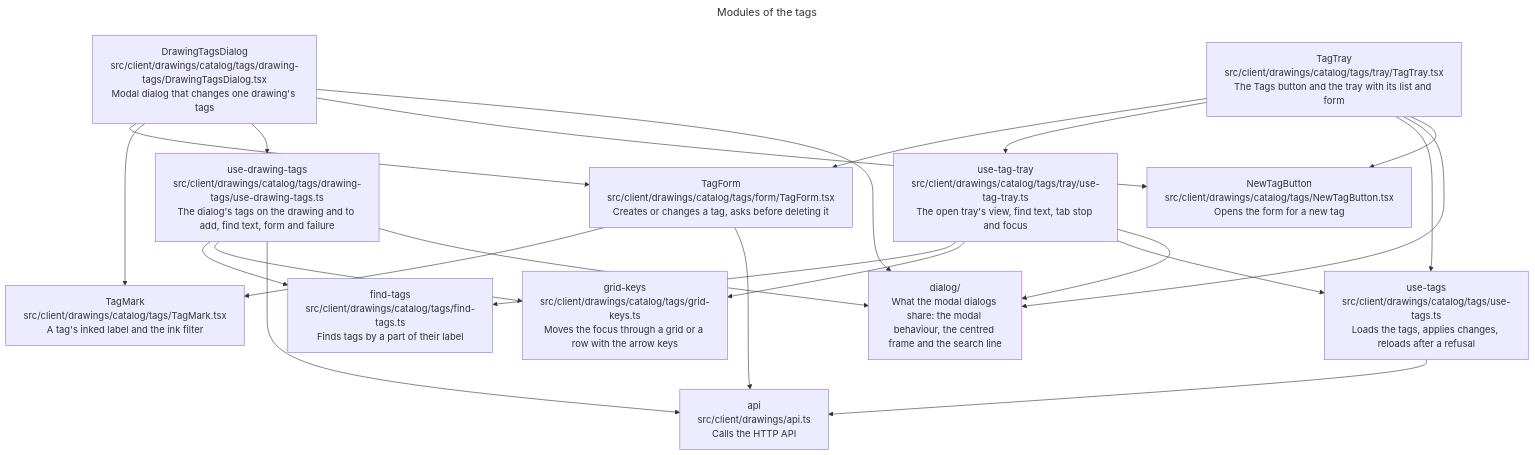
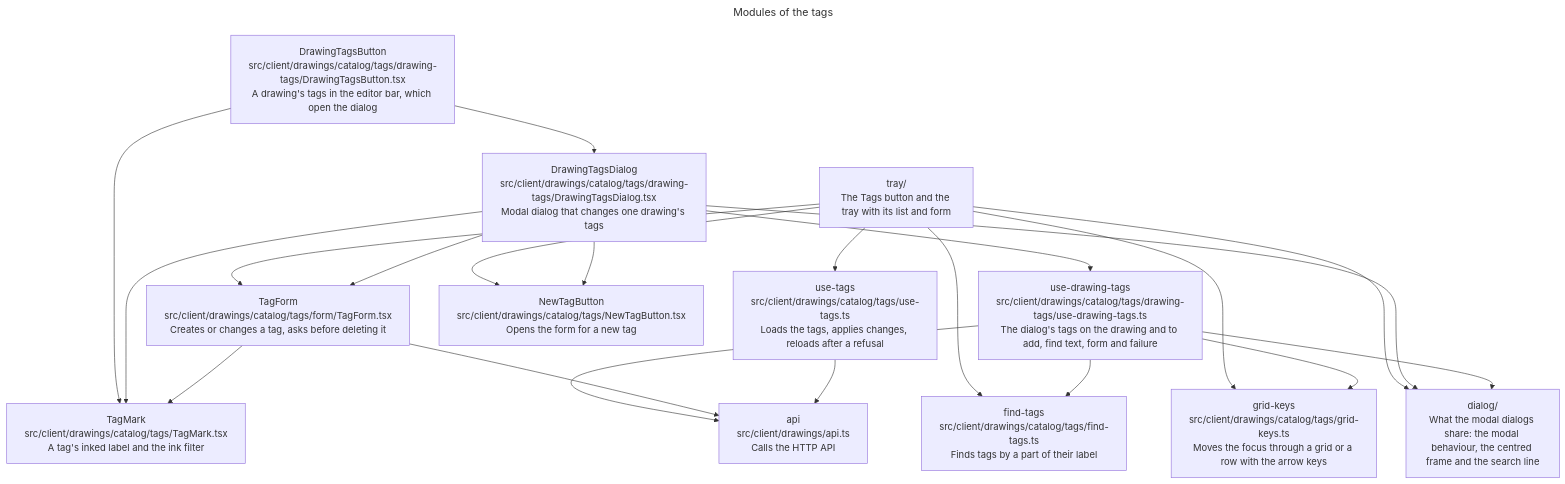
One commit to remshams/excalidraw-dashboard changed the eighth of 11 diagrams in docs/architecture/architecture.md. Above: the diagram before and after it, drawn with Mermaid. The commit also changed other lines of this file and 1 other file, not shown here.

Commit message:
docs(Architecture): describe the tags in the editor bar

````diff
--- a/docs/architecture/architecture.md
+++ b/docs/architecture/architecture.md
@@ -271,24 +280,24 @@
 ```mermaid
 ---
 title: Modules of the tags
 ---
 flowchart TD
-    tray["TagTray<br>src/client/drawings/catalog/tags/tray/TagTray.tsx<br>The Tags button and the tray with its list and form"]:::module
-    trayState["use-tag-tray<br>src/client/drawings/catalog/tags/tray/use-tag-tray.ts<br>The open tray's view, find text, tab stop and focus"]:::module
+    tray["tray/<br>The Tags button and the tray with its list and form"]:::group
     form["TagForm<br>src/client/drawings/catalog/tags/form/TagForm.tsx<br>Creates or changes a tag, asks before deleting it"]:::module
     mark["TagMark<br>src/client/drawings/catalog/tags/TagMark.tsx<br>A tag's inked label and the ink filter"]:::module
     findTags["find-tags<br>src/client/drawings/catalog/tags/find-tags.ts<br>Finds tags by a part of their label"]:::module
     gridKeys["grid-keys<br>src/client/drawings/catalog/tags/grid-keys.ts<br>Moves the focus through a grid or a row with the arrow keys"]:::module
     tags["use-tags<br>src/client/drawings/catalog/tags/use-tags.ts<br>Loads the tags, applies changes, reloads after a refusal"]:::module
     drawingTags["DrawingTagsDialog<br>src/client/drawings/catalog/tags/drawing-tags/DrawingTagsDialog.tsx<br>Modal dialog that changes one drawing's tags"]:::module
+    drawingTagsButton["DrawingTagsButton<br>src/client/drawings/catalog/tags/drawing-tags/DrawingTagsButton.tsx<br>A drawing's tags in the editor bar, which open the dialog"]:::module
     drawingTagsState["use-drawing-tags<br>src/client/drawings/catalog/tags/drawing-tags/use-drawing-tags.ts<br>The dialog's tags on the drawing and to add, find text, form and failure"]:::module
     newTag["NewTagButton<br>src/client/drawings/catalog/tags/NewTagButton.tsx<br>Opens the form for a new tag"]:::module
     dialog["dialog/<br>What the modal dialogs share: the modal behaviour, the centred frame and the search line"]:::group
     api["api<br>src/client/drawings/api.ts<br>Calls the HTTP API"]:::module
-    tray --> form & trayState & tags & dialog & newTag
+    tray --> form & tags & dialog & newTag & findTags & gridKeys
+    drawingTagsButton --> drawingTags & mark
     drawingTags --> form & mark & drawingTagsState & newTag & dialog
     drawingTagsState --> findTags & gridKeys & api & dialog
     form --> mark & api
-    trayState --> findTags & gridKeys & tags & dialog
     tags --> api
 ```
````
